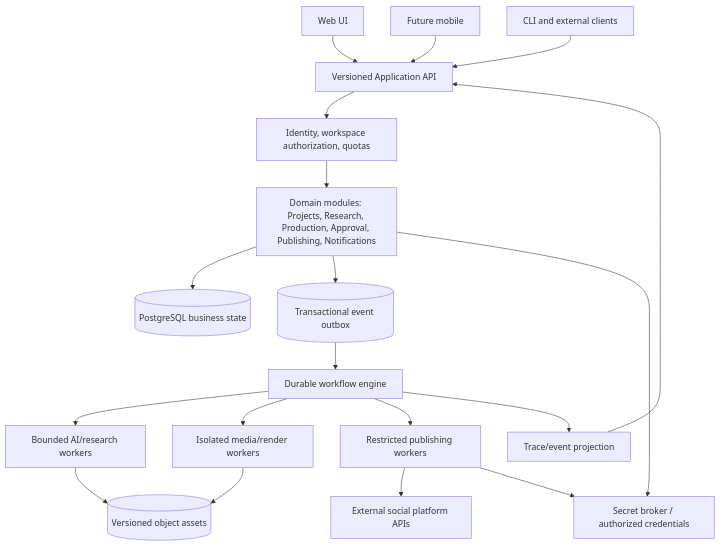
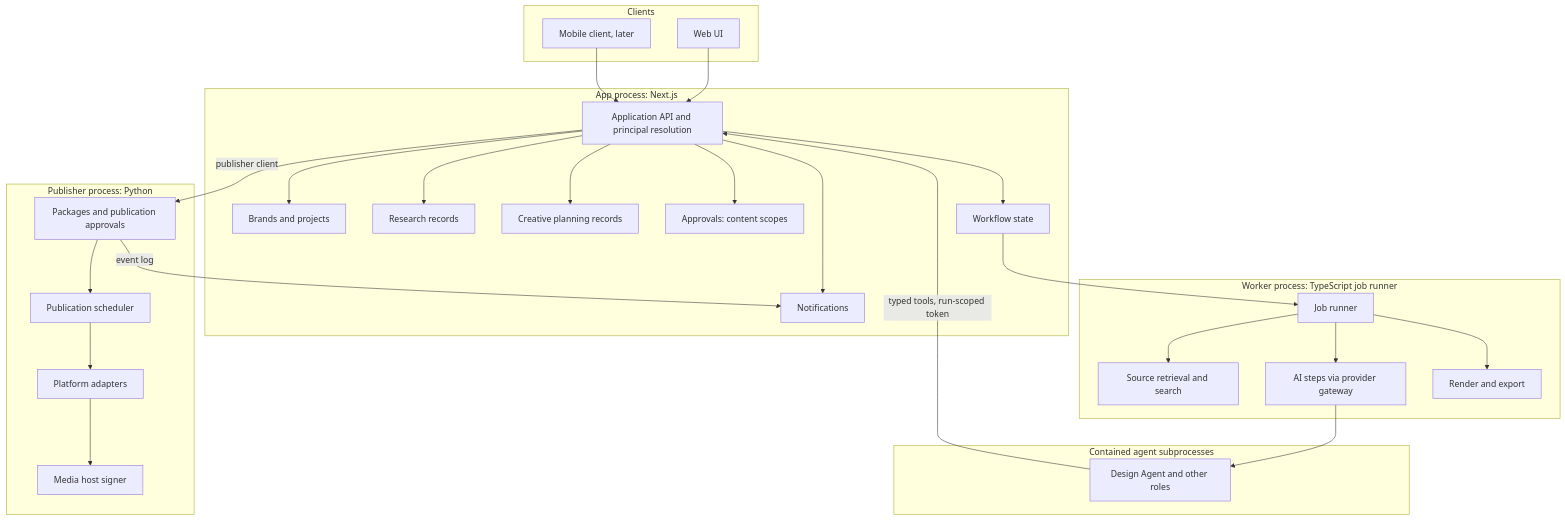
One commit to mk-global/creatorbrio changed the first of 2 diagrams in docs/roadmap/content-platform/ARCHITECTURE-RFC.md. Above: the diagram before and after it, drawn with Mermaid. The commit also changed other lines of this file and 12 other files, not shown here.

First line of the commit message:
docs: reconcile the content platform architecture with founder decisions (#216) (#217)

````diff
--- a/docs/roadmap/content-platform/ARCHITECTURE-RFC.md
+++ b/docs/roadmap/content-platform/ARCHITECTURE-RFC.md
@@ -33,21 +94,42 @@
 ```mermaid
 flowchart TB
-    WEB[Web UI] --> API[Versioned Application API]
-    MOBILE[Future mobile] --> API
-    CLI[CLI and external clients] --> API
-    API --> AUTH[Identity, workspace authorization, quotas]
-    AUTH --> DOMAIN[Domain modules: Projects, Research, Production, Approval, Publishing, Notifications]
-    DOMAIN --> DB[(PostgreSQL business state)]
-    DOMAIN --> OUTBOX[(Transactional event outbox)]
-    OUTBOX --> ORCH[Durable workflow engine]
-    ORCH --> AI[Bounded AI/research workers]
-    ORCH --> MEDIA[Isolated media/render workers]
-    ORCH --> PUB[Restricted publishing workers]
-    AI --> OBJ[(Versioned object assets)]
-    MEDIA --> OBJ
-    PUB --> PLAT[External social platform APIs]
-    DOMAIN --> SEC[Secret broker / authorized credentials]
-    PUB --> SEC
-    ORCH --> EVT[Trace/event projection]
-    EVT --> API
+    subgraph Clients
+        WEB[Web UI]
+        MOB[Mobile client, later]
+    end
+    subgraph App[App process: Next.js]
+        API[Application API and principal resolution]
+        BRAND[Brands and projects]
+        RES[Research records]
+        PLAN[Creative planning records]
+        APPR[Approvals: content scopes]
+        WF[Workflow state]
+        NOTE[Notifications]
+    end
+    subgraph Worker[Worker process: TypeScript job runner]
+        JOBS[Job runner]
+        RETR[Source retrieval and search]
+        AIW[AI steps via provider gateway]
+        MEDIA[Render and export]
+    end
+    subgraph Agents[Contained agent subprocesses]
+        AG[Design Agent and other roles]
+    end
+    subgraph Publisher[Publisher process: Python]
+        PKG[Packages and publication approvals]
+        SCHED[Publication scheduler]
+        ADP[Platform adapters]
+        HOST[Media host signer]
+    end
+    WEB --> API
+    MOB --> API
+    API --> BRAND & RES & PLAN & APPR & WF & NOTE
+    WF --> JOBS
+    JOBS --> RETR & AIW & MEDIA
+    AIW --> AG
+    AG -- typed tools, run-scoped token --> API
+    API -- publisher client --> PKG
+    PKG --> SCHED --> ADP
+    ADP --> HOST
+    PKG -- event log --> NOTE
 ```
````
